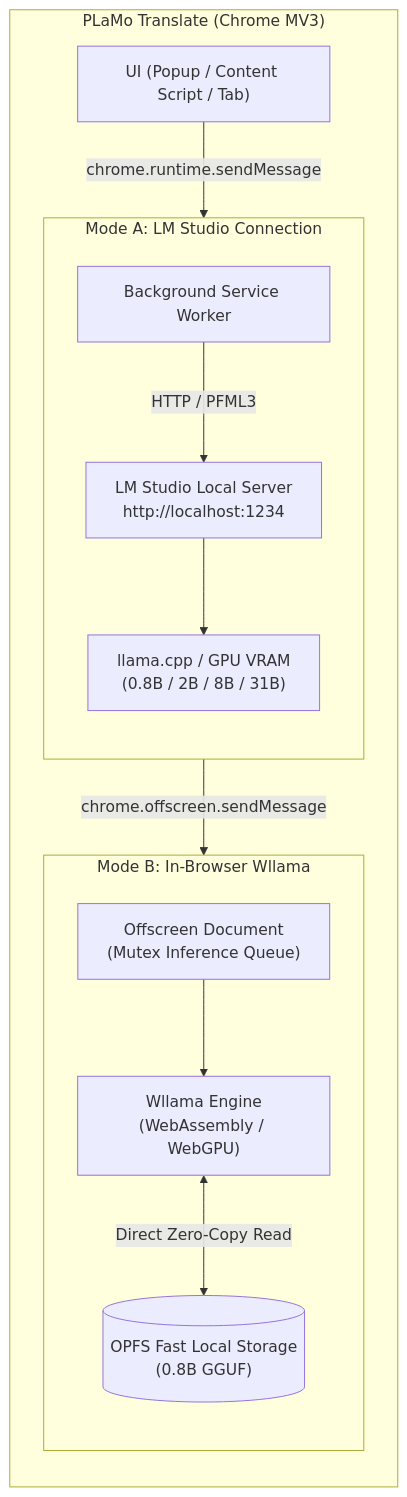
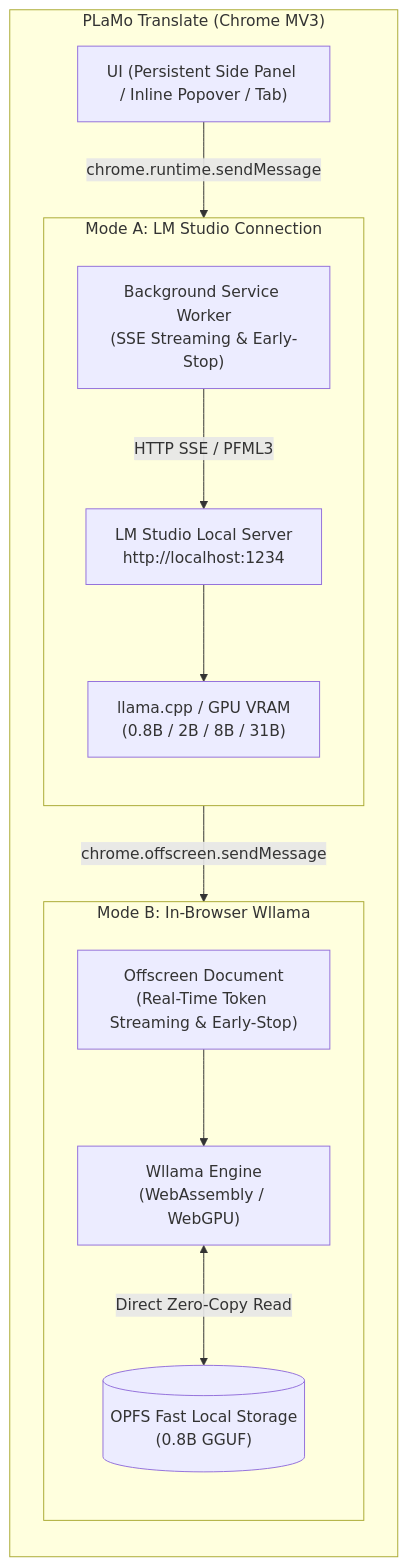
The diagram in README.en.md (highants/PLaMo_Translate_EX), drawn with Mermaid before and after one commit. The commit also changed other lines of this file and 13 other files, not shown here.

Commit message:
refactor: upgrade UI to persistent side panel with real-time SSE streaming and resizable inline popover

````diff
--- a/README.en.md
+++ b/README.en.md
@@ -15,30 +15,30 @@
 ```mermaid
 flowchart TB
     subgraph EXT["PLaMo Translate (Chrome MV3)"]
         direction TB
-        UI["UI (Popup / Content Script / Tab)"]
+        UI["UI (Persistent Side Panel / Inline Popover / Tab)"]
         
         subgraph MODEA["Mode A: LM Studio Connection"]
             direction TB
-            BG["Background Service Worker"]
+            BG["Background Service Worker<br/>(SSE Streaming & Early-Stop)"]
             LMS["LM Studio Local Server<br/>http://localhost:1234"]
             LLM_A["llama.cpp / GPU VRAM<br/>(0.8B / 2B / 8B / 31B)"]
             
-            BG -->|HTTP / PFML3| LMS
+            BG -->|HTTP SSE / PFML3| LMS
             LMS --> LLM_A
         end
 
         subgraph MODEB["Mode B: In-Browser Wllama"]
             direction TB
-            OFF["Offscreen Document<br/>(Mutex Inference Queue)"]
+            OFF["Offscreen Document<br/>(Real-Time Token Streaming & Early-Stop)"]
             WLLAMA["Wllama Engine<br/>(WebAssembly / WebGPU)"]
             OPFS[("OPFS Fast Local Storage<br/>(0.8B GGUF)")]
             
             OFF --> WLLAMA
             WLLAMA <-->|Direct Zero-Copy Read| OPFS
         end
 
         UI -->|chrome.runtime.sendMessage| BG
         BG -->|chrome.offscreen.sendMessage| OFF
     end
 ```
````
